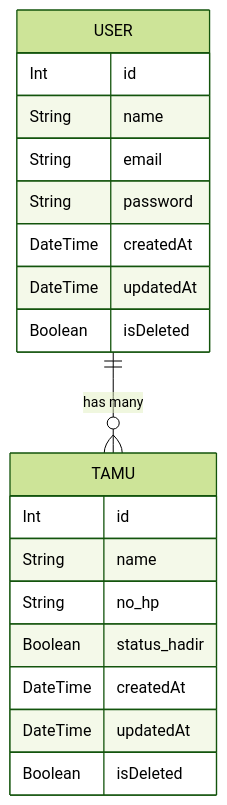
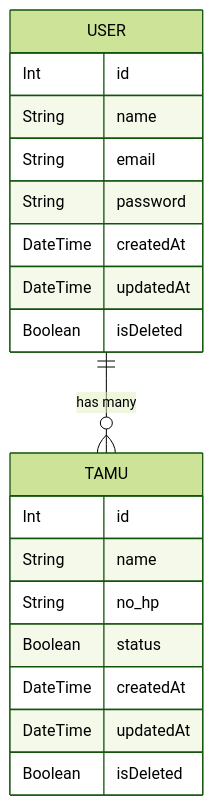
Before and after one commit to christian-siahaan26/BE-PI: the diagram in README.md, drawn with Mermaid (forest theme). The commit also changed 2 other files, not shown here.

````diff
--- a/README.md
+++ b/README.md
@@ -45,24 +45,24 @@
 ```mermaid
 erDiagram
     USER {
         Int id
         String name
         String email
         String password
         DateTime createdAt
         DateTime updatedAt
         Boolean isDeleted
     }
 
     TAMU {
         Int id
         String name
         String no_hp
-        Boolean status_hadir
+        Boolean status
         DateTime createdAt
         DateTime updatedAt
         Boolean isDeleted
     }
 
     USER ||--o{ TAMU : "has many"
 ```
````
